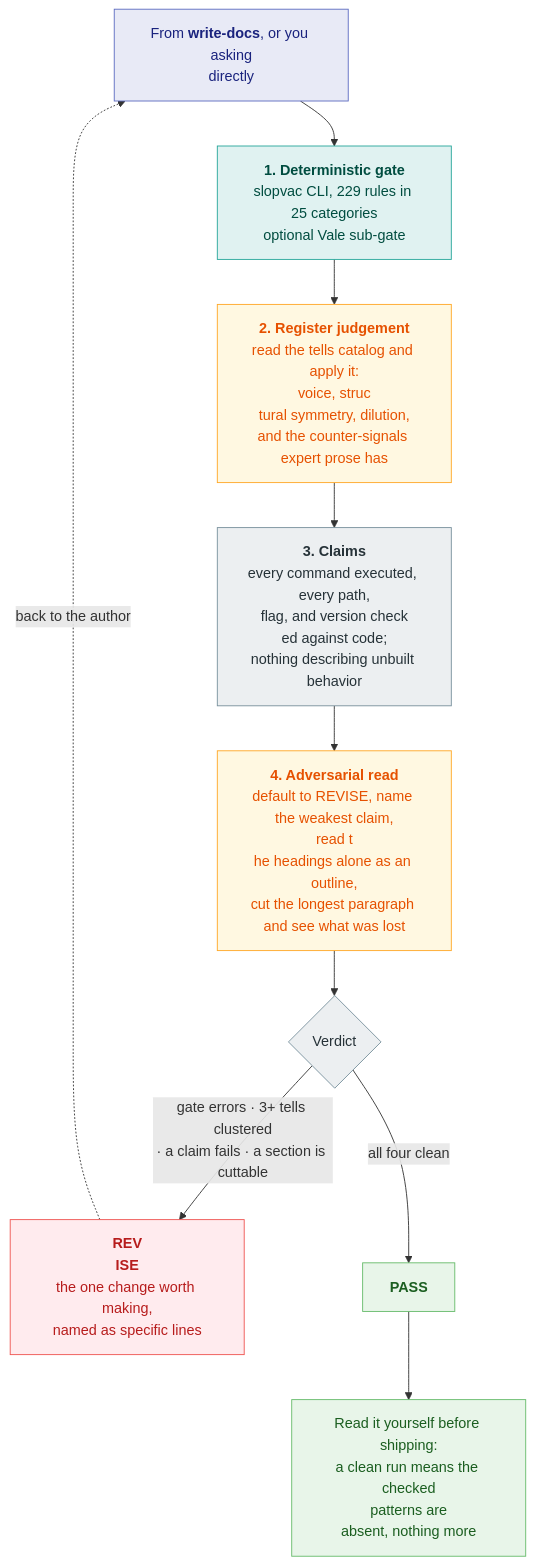
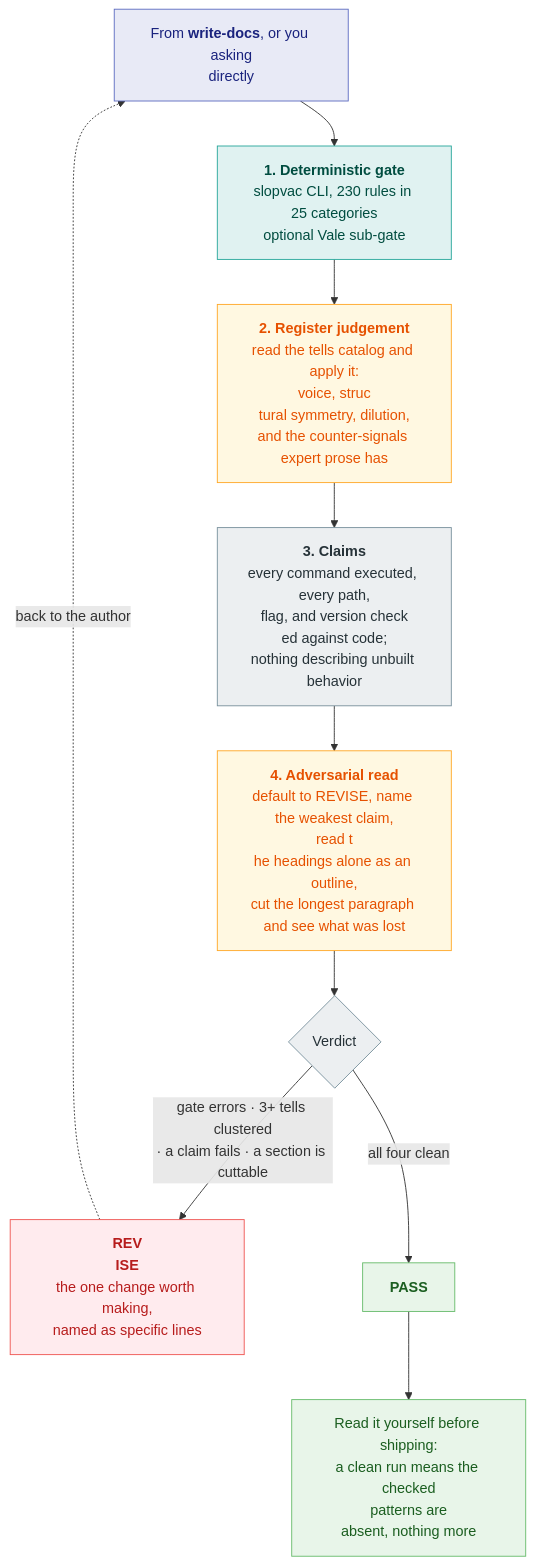
Before and after one commit to srobroek/slopvac: the second of 2 diagrams in README.md, drawn with Mermaid. The commit also changed other lines of this file and 6 other files, not shown here.

````diff
--- a/README.md
+++ b/README.md
@@ -106,41 +106,41 @@
 ```mermaid
 flowchart TD
     IN["From <b>write-docs</b>, or you asking<br/>directly"]
 
     IN --> GATE
 
-    GATE["<b>1. Deterministic gate</b><br/>slopvac CLI, 229 rules in 25 categories<br/>optional Vale sub-gate"]
+    GATE["<b>1. Deterministic gate</b><br/>slopvac CLI, 230 rules in 25 categories<br/>optional Vale sub-gate"]
 
     GATE --> REG["<b>2. Register judgement</b><br/>read the tells catalog and apply it:<br/>voice, struc
 tural symmetry, dilution,<br/>and the counter-signals expert prose has"]
 
     REG --> CLAIMS["<b>3. Claims</b><br/>every command executed, every path,<br/>flag, and version check
 ed against code;<br/>nothing describing unbuilt behavior"]
 
     CLAIMS --> CUT["<b>4. Adversarial read</b><br/>default to REVISE, name the weakest claim,<br/>read t
 he headings alone as an outline,<br/>cut the longest paragraph and see what was lost"]
 
     CUT --> V{"Verdict"}
 
     V -->|"gate errors · 3+ tells clustered<br/>· a claim fails · a section is cuttable"| REVISE["<b>REV
 ISE</b><br/>the one change worth making,<br/>named as specific lines"]
     V -->|"all four clean"| PASS["<b>PASS</b>"]
 
     REVISE -.->|back to the author| IN
     PASS --> SHIP["Read it yourself before shipping:<br/>a clean run means the checked<br/>patterns are
 absent, nothing more"]
 
     classDef you fill:#e8eaf6,stroke:#5c6bc0,color:#1a237e
     classDef det fill:#e0f2f1,stroke:#26a69a,color:#004d40
     classDef jud fill:#fff8e1,stroke:#ffa726,color:#e65100
     classDef work fill:#eceff1,stroke:#78909c,color:#263238
     classDef bad fill:#ffebee,stroke:#ef5350,color:#b71c1c
     classDef good fill:#e8f5e9,stroke:#66bb6a,color:#1b5e20
 
     class IN you
     class GATE det
     class REG,CUT jud
     class CLAIMS,V work
     class REVISE bad
     class PASS,SHIP good
 ```
````
